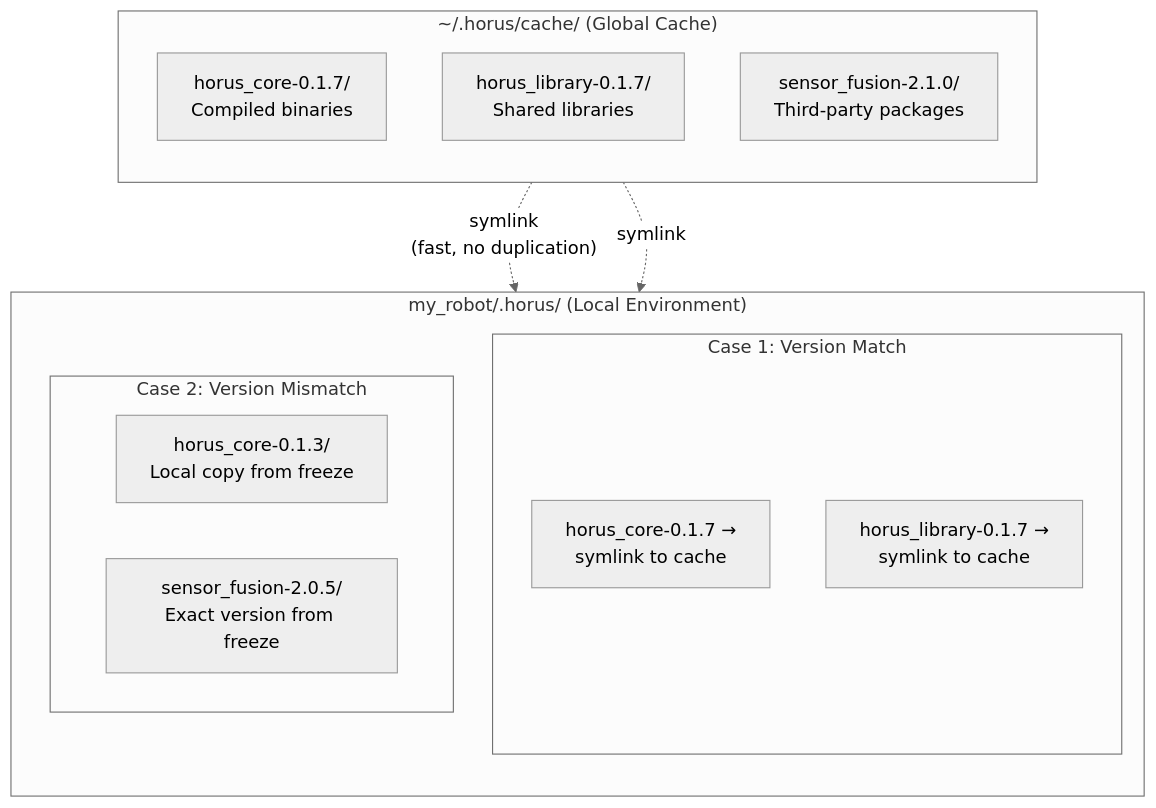
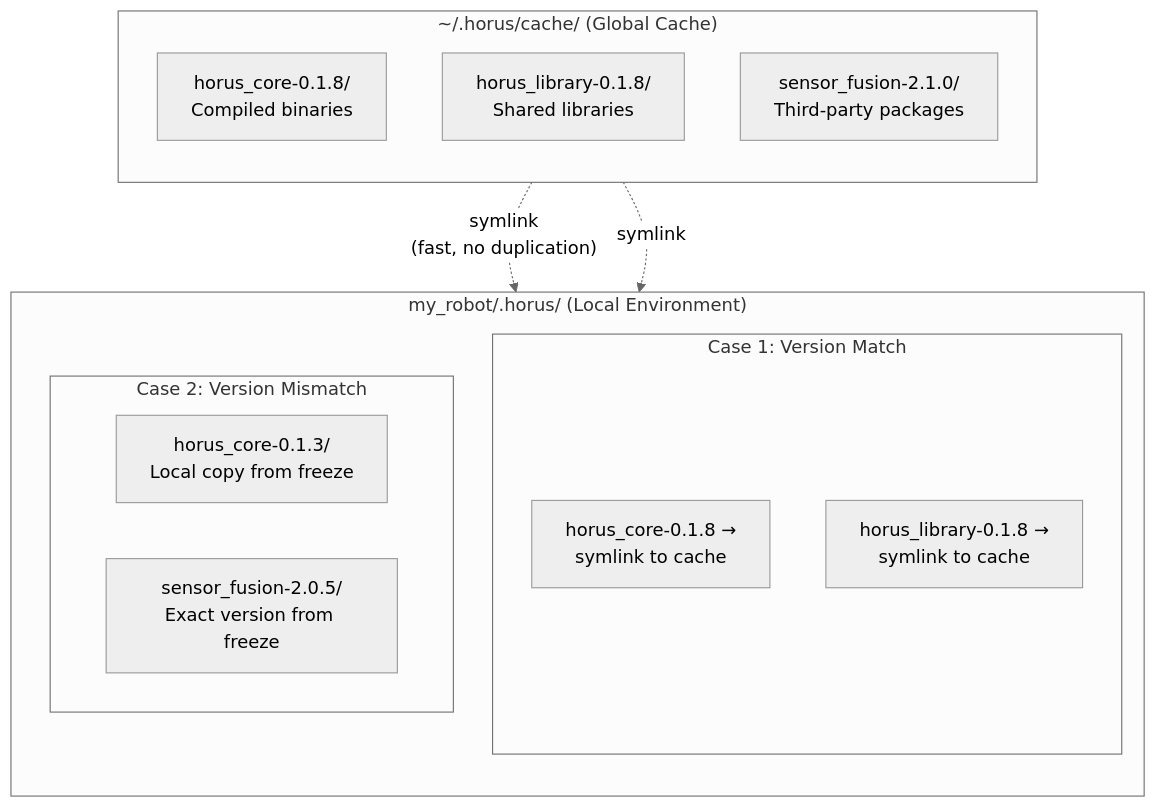
One commit to softmata/horus changed the fourth of 4 diagrams in README.md. Above: the diagram before and after it, drawn with Mermaid (neutral theme). The commit also changed other lines of this file and 3 other files, not shown here.

````diff
--- a/README.md
+++ b/README.md
@@ -803,24 +803,24 @@
 ```mermaid
 flowchart TB
     subgraph GLOBAL["~/.horus/cache/ (Global Cache)"]
         direction TB
-        G1["horus_core-0.1.7/<br/>Compiled binaries"]
-        G2["horus_library-0.1.7/<br/>Shared libraries"]
+        G1["horus_core-0.1.8/<br/>Compiled binaries"]
+        G2["horus_library-0.1.8/<br/>Shared libraries"]
         G3["sensor_fusion-2.1.0/<br/>Third-party packages"]
     end
 
     subgraph LOCAL["my_robot/.horus/ (Local Environment)"]
         direction TB
         subgraph MATCH["Case 1: Version Match"]
-            L1["horus_core-0.1.7 →<br/>symlink to cache"]
-            L2["horus_library-0.1.7 →<br/>symlink to cache"]
+            L1["horus_core-0.1.8 →<br/>symlink to cache"]
+            L2["horus_library-0.1.8 →<br/>symlink to cache"]
         end
         subgraph MISMATCH["Case 2: Version Mismatch"]
             L3["horus_core-0.1.3/<br/>Local copy from freeze"]
             L4["sensor_fusion-2.0.5/<br/>Exact version from freeze"]
         end
     end
 
     G1 -.->|"symlink<br/>(fast, no duplication)"| L1
     G2 -.->|"symlink"| L2
 ```
````
